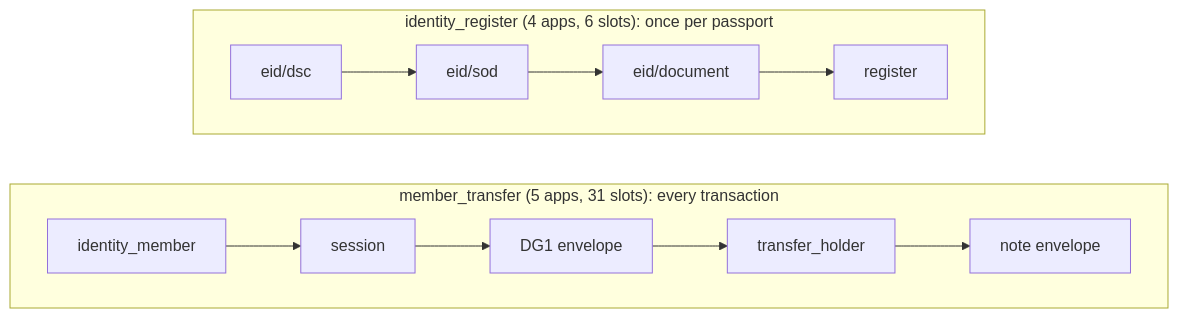
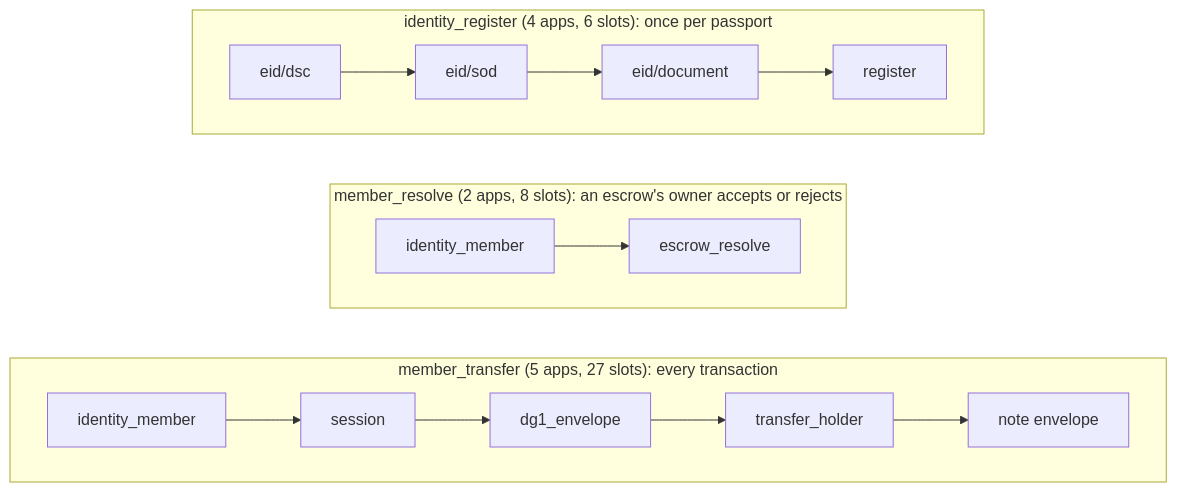
One commit to zk-experiments/emit-devnet changed the second of 2 diagrams in README.md. Above: the diagram before and after it, drawn with Mermaid. The commit also changed other lines of this file and 54 other files, not shown here.

````diff
--- a/README.md
+++ b/README.md
@@ -68,11 +81,15 @@
 ```mermaid
 flowchart LR
-    subgraph mem["member_transfer (5 apps, 31 slots): every transaction"]
+    subgraph mem["member_transfer (5 apps, 27 slots): every transaction"]
         direction LR
-        m1["identity_member"] --> m2["session"] --> m3["DG1 envelope"] --> m4["transfer_holder"] --> m5["note envelope"]
+        m1["identity_member"] --> m2["session"] --> m3["dg1_envelope"] --> m4["transfer_holder"] --> m5["note envelope"]
+    end
+    subgraph res["member_resolve (2 apps, 8 slots): an escrow's owner accepts or rejects"]
+        direction LR
+        s1["identity_member"] --> s2["escrow_resolve"]
     end
     subgraph reg["identity_register (4 apps, 6 slots): once per passport"]
         direction LR
         r1["eid/dsc"] --> r2["eid/sod"] --> r3["eid/document"] --> r4["register"]
     end
 ```
````
